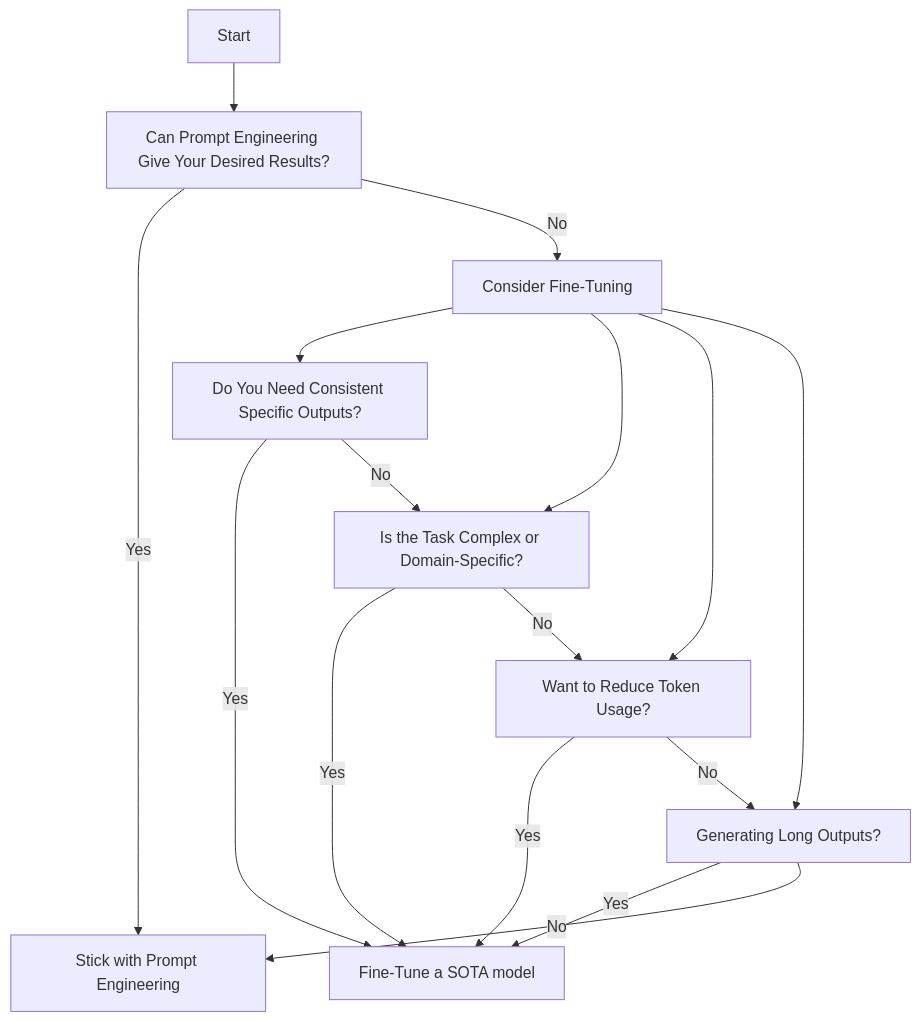
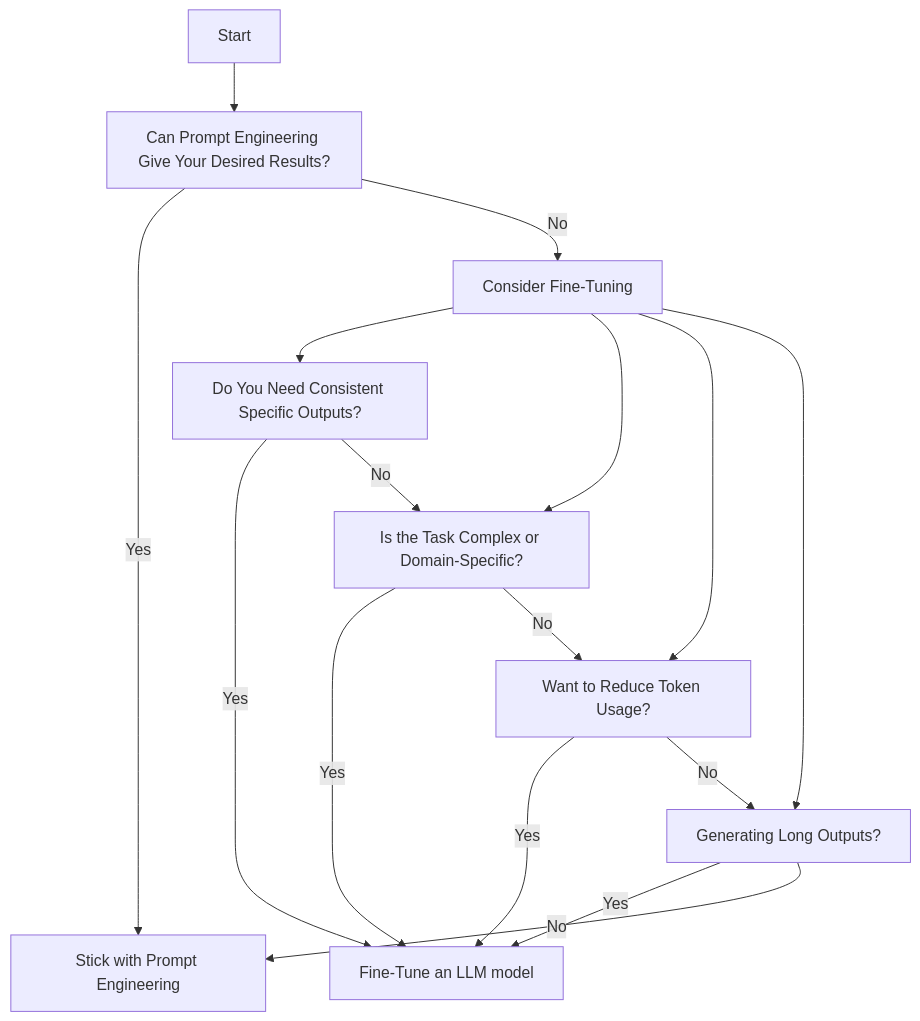
One commit to aiengineeringforgrandmas/gemini-prompt-engineer-toolkit changed the second of 2 diagrams in docs/why-fine-tune-an-llm.md. Above: the diagram before and after it, drawn with Mermaid.

````diff
--- a/docs/why-fine-tune-an-llm.md
+++ b/docs/why-fine-tune-an-llm.md
@@ -14,25 +14,25 @@
 ```mermaid
 graph TD
     A[Start] --> B[Can Prompt Engineering Give Your Desired Results?]
     
     B --> |Yes| C[Stick with Prompt Engineering]
     B --> |No| D[Consider Fine-Tuning]
 
     D --> E[Do You Need Consistent Specific Outputs?]
     D --> F[Is the Task Complex or Domain-Specific?]
     D --> G[Want to Reduce Token Usage?]
     D --> H[Generating Long Outputs?]
 
     E --> |Yes| I[Fine-Tune for Consistency]
     E --> |No| F
 
     F --> |Yes| I[Fine-Tune for Complexity]
     F --> |No| G
 
     G --> |Yes| I[Fine-Tune for Efficiency]
     G --> |No| H
 
-    H --> |Yes| I[Fine-Tune a SOTA model]
+    H --> |Yes| I[Fine-Tune an LLM model]
     H --> |No| C
 
 ```
````
